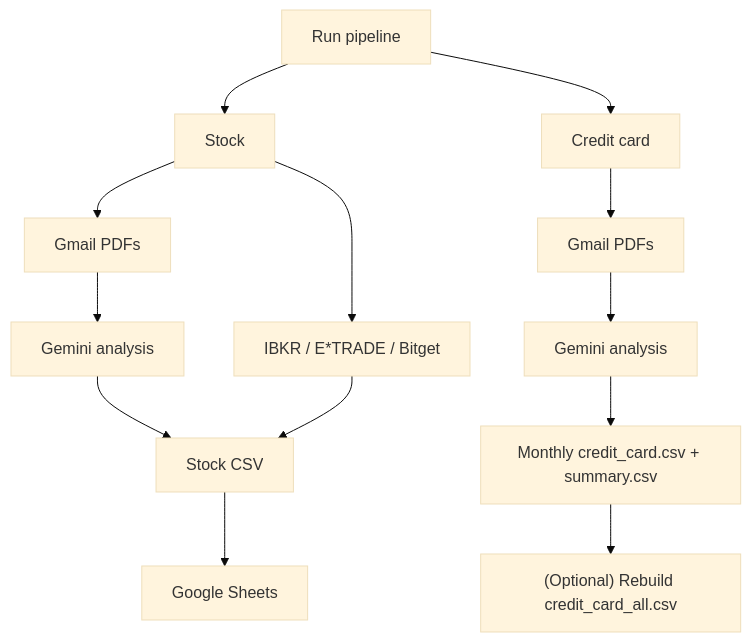
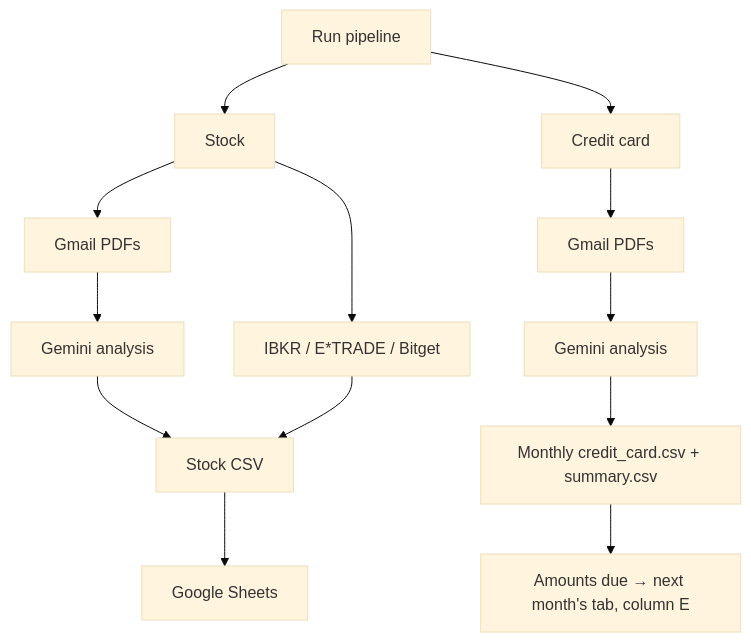
The diagram in readme.md (BoHsiang-W/Integrated-Asset), drawn with Mermaid (base theme) before and after one commit. The commit also changed other lines of this file and 4 other files, not shown here.

Commit message:
feat: sync card amounts due to the card Google Sheet (#48)

````diff
--- a/readme.md
+++ b/readme.md
@@ -17,18 +17,18 @@
 ```mermaid
 flowchart TD
     start["Run pipeline"] --> stock["Stock"]
     start --> card["Credit card"]
 
     stock --> stockPdf["Gmail PDFs"]
     stockPdf --> stockGemini["Gemini analysis"]
     stockGemini --> stockCsv["Stock CSV"]
     stock --> brokers["IBKR / E*TRADE / Bitget"]
     brokers --> stockCsv
     stockCsv --> sheets["Google Sheets"]
 
     card --> cardPdf["Gmail PDFs"]
     cardPdf --> cardGemini["Gemini analysis"]
     cardGemini --> cardMonthly["Monthly credit_card.csv + summary.csv"]
-    cardMonthly --> cardCsv["(Optional) Rebuild credit_card_all.csv"]
+    cardMonthly --> cardSheet["Amounts due → next month's tab, column E"]
 
 ```
````
